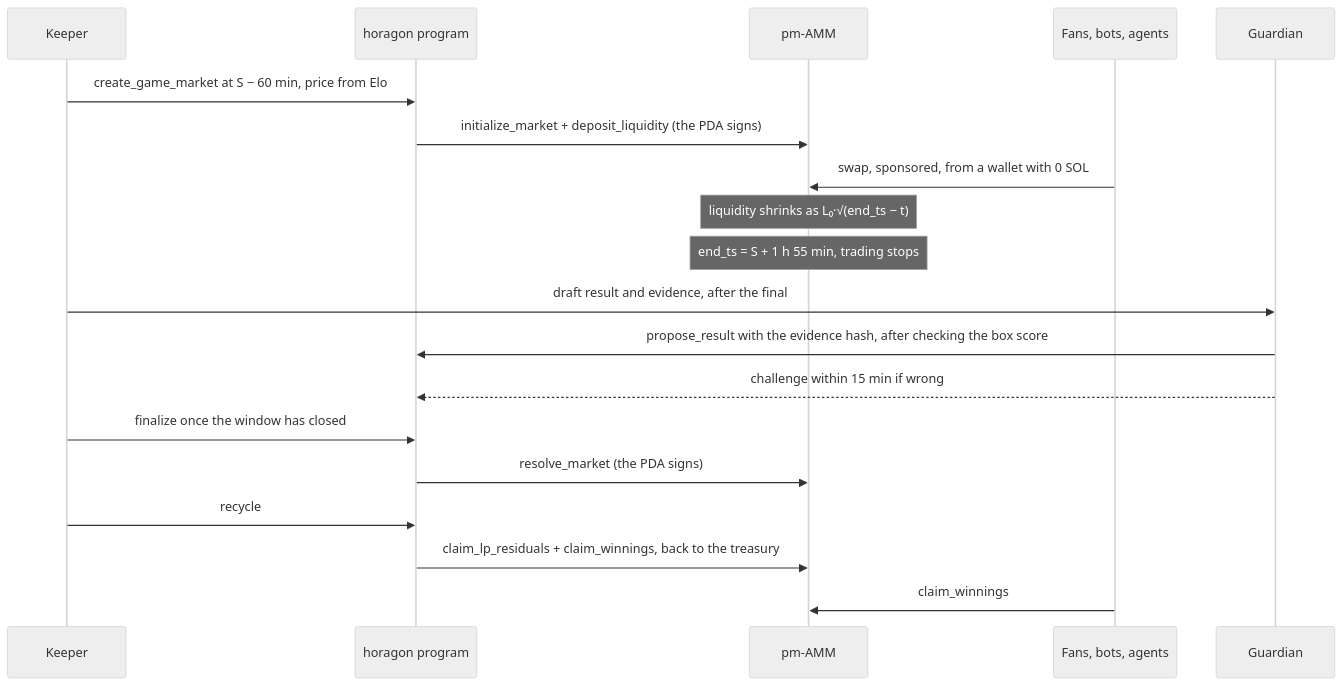
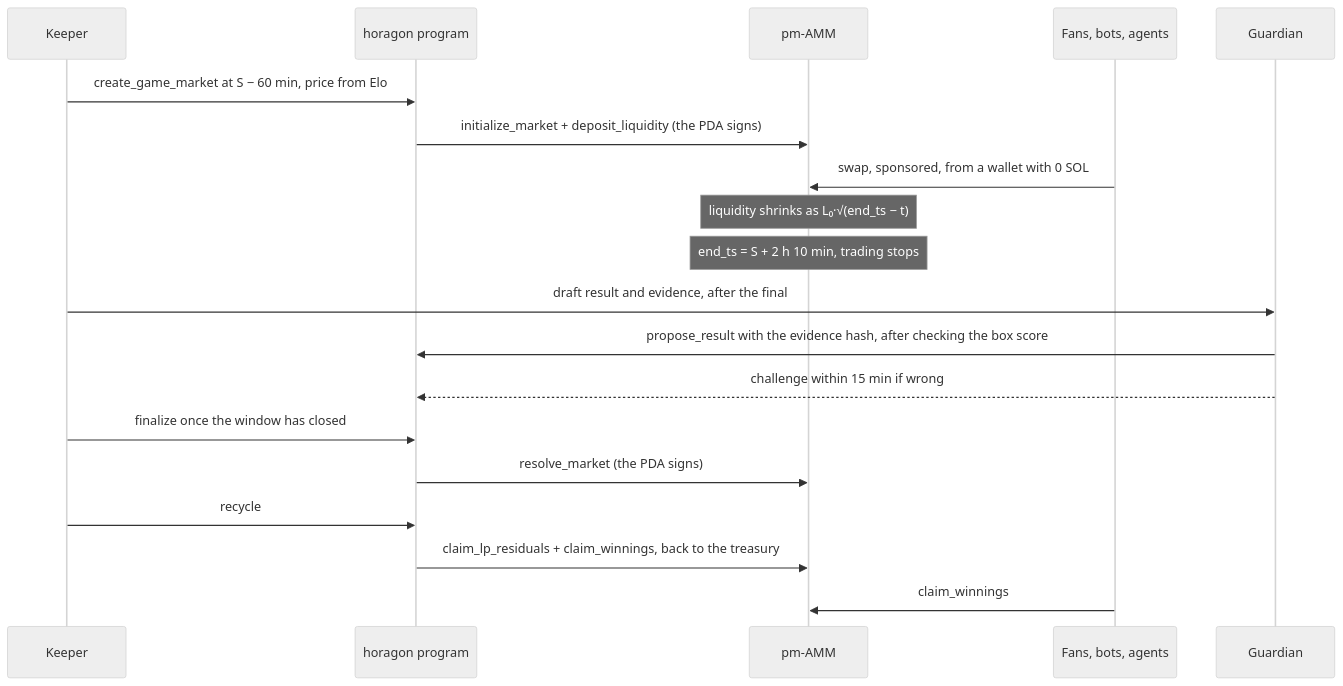
The diagram in README.md (horagon-labs/horagon), drawn with Mermaid (neutral theme) before and after one commit. The commit also changed other lines of this file and 8 other files, not shown here.

````diff
--- a/README.md
+++ b/README.md
@@ -284,21 +289,21 @@
 ```mermaid
 sequenceDiagram
     participant K as Keeper
     participant H as horagon program
     participant P as pm-AMM
     participant F as Fans, bots, agents
     participant G as Guardian
     K->>H: create_game_market at S − 60 min, price from Elo
     H->>P: initialize_market + deposit_liquidity (the PDA signs)
     F->>P: swap, sponsored, from a wallet with 0 SOL
     Note over P: liquidity shrinks as L₀·√(end_ts − t)
-    Note over P: end_ts = S + 1 h 55 min, trading stops
+    Note over P: end_ts = S + 2 h 10 min, trading stops
     K->>G: draft result and evidence, after the final
     G->>H: propose_result with the evidence hash, after checking the box score
     G-->>H: challenge within 15 min if wrong
     K->>H: finalize once the window has closed
     H->>P: resolve_market (the PDA signs)
     K->>H: recycle
     H->>P: claim_lp_residuals + claim_winnings, back to the treasury
     F->>P: claim_winnings
 ```
````
